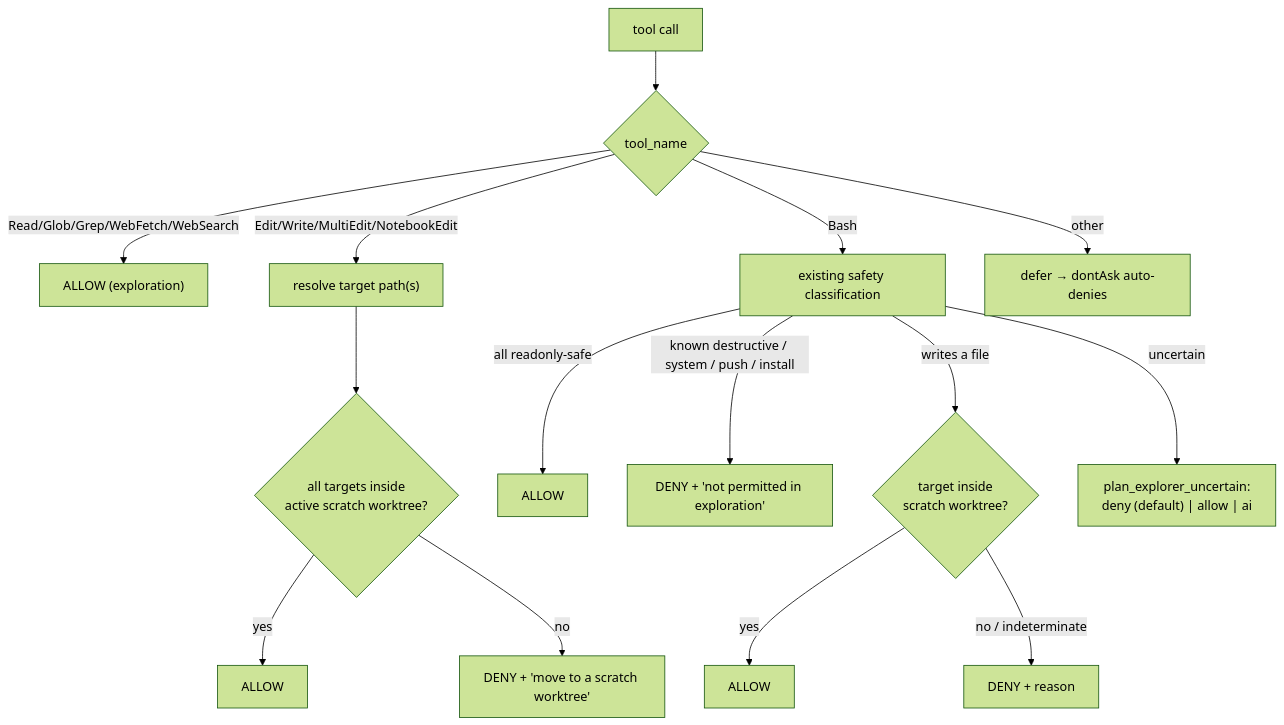
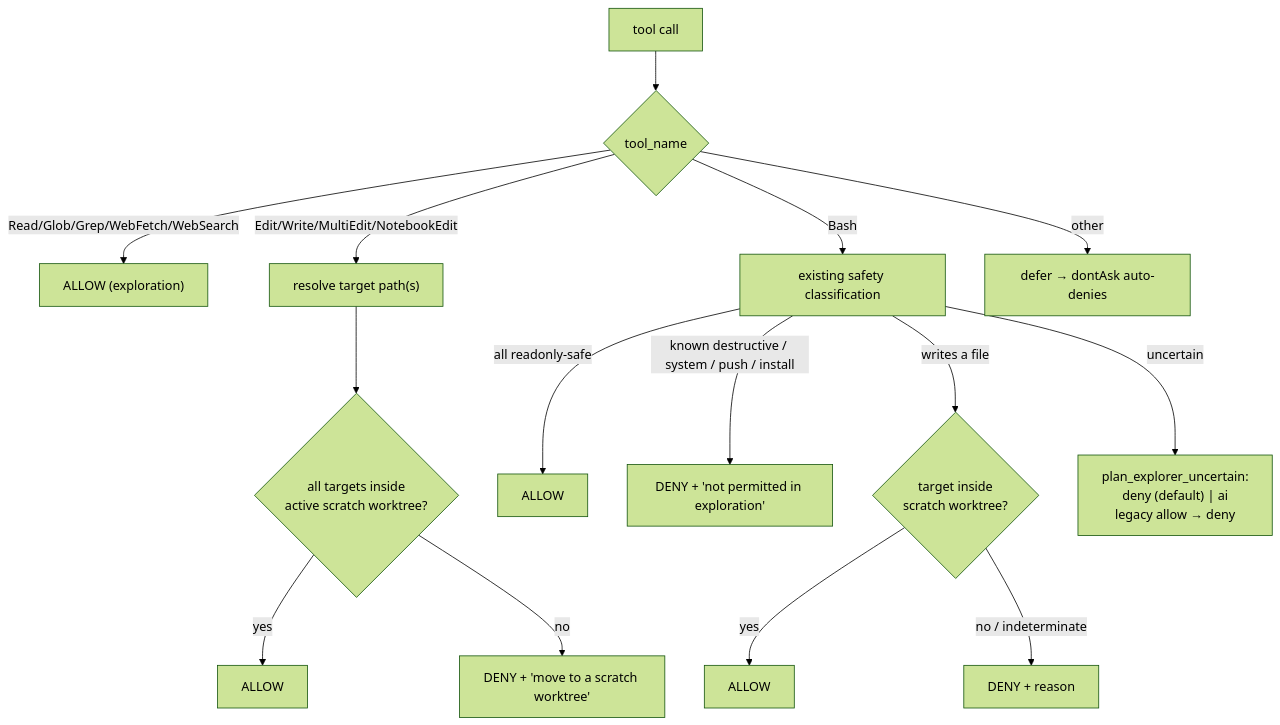
One commit to mikeydotio/agentics changed the second of 2 diagrams in docs/spec/greenlight-plan-explorer.md. Above: the diagram before and after it, drawn with Mermaid (forest theme). The commit also changed other lines of this file and 6 other files, not shown here.

````diff
--- a/docs/spec/greenlight-plan-explorer.md
+++ b/docs/spec/greenlight-plan-explorer.md
@@ -93,19 +93,19 @@
 ```mermaid
 flowchart TD
     A["tool call"] --> B{tool_name}
     B -->|Read/Glob/Grep/WebFetch/WebSearch| ALLOW1["ALLOW (exploration)"]
     B -->|Edit/Write/MultiEdit/NotebookEdit| T["resolve target path(s)"]
     B -->|Bash| S["existing safety classification"]
     B -->|other| DEFER["defer → dontAsk auto-denies"]
 
     T --> TS{all targets inside<br/>active scratch worktree?}
     TS -->|yes| ALLOW2["ALLOW"]
     TS -->|no| DENY1["DENY + 'move to a scratch worktree'"]
 
     S -->|all readonly-safe| ALLOW3["ALLOW"]
     S -->|known destructive / system / push / install| DENY2["DENY + 'not permitted in exploration'"]
     S -->|writes a file| W{target inside<br/>scratch worktree?}
     W -->|yes| ALLOW4["ALLOW"]
     W -->|no / indeterminate| DENY3["DENY + reason"]
-    S -->|uncertain| U["plan_explorer_uncertain:<br/>deny (default) | allow | ai"]
+    S -->|uncertain| U["plan_explorer_uncertain:<br/>deny (default) | ai<br/>legacy allow → deny"]
 ```
````
